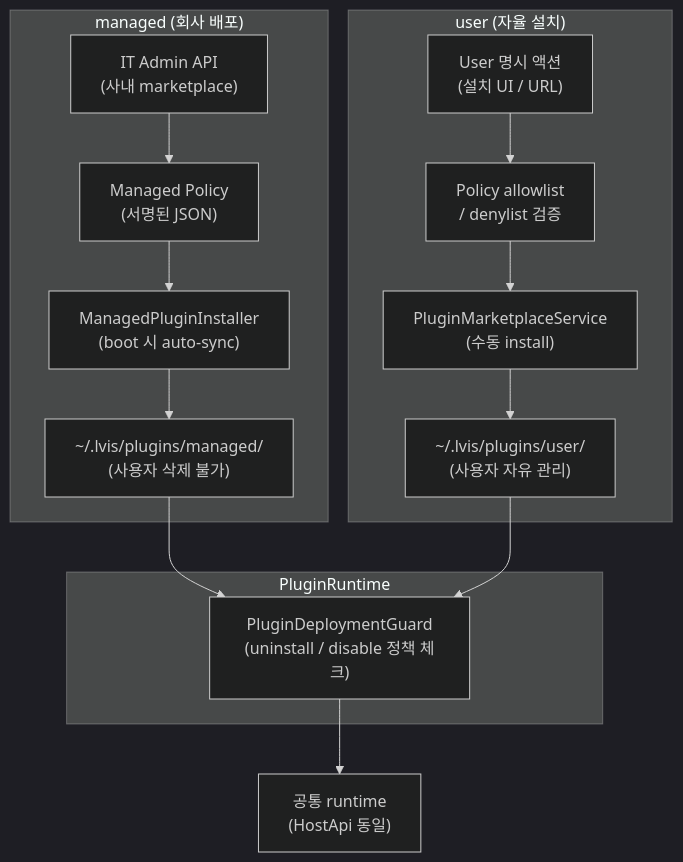
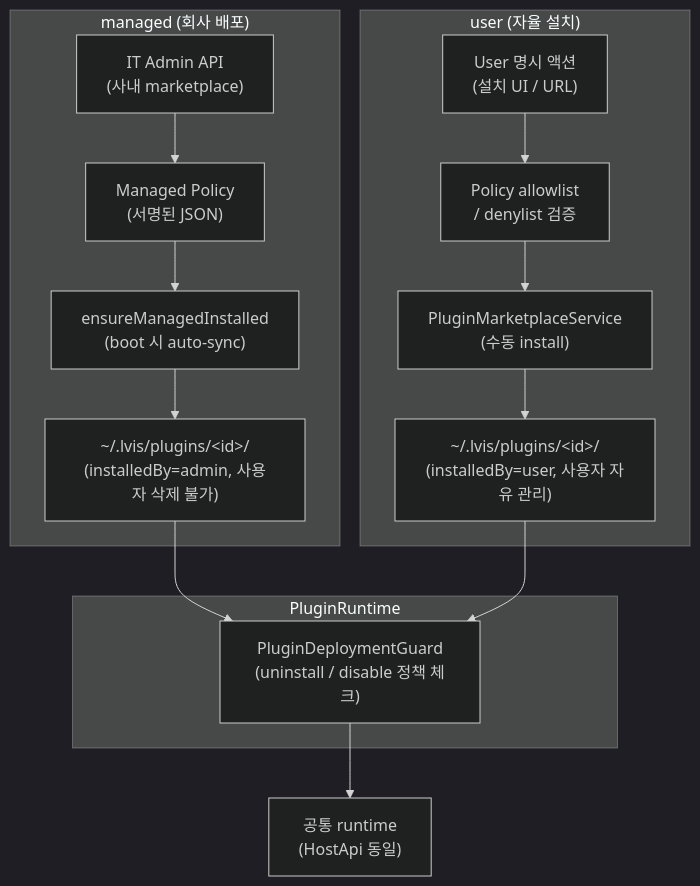
One commit to lvis-project/lvis-app changed diagram 33 of 44 in docs/architecture/architecture.md. Above: the diagram before and after it, drawn with Mermaid (dark theme). The commit also changed other lines of this file, not shown here.

First line of the commit message:
docs(architecture): reflect ~/.lvis/ single-root path layout

````diff
--- a/docs/architecture/architecture.md
+++ b/docs/architecture/architecture.md
@@ -2303,26 +2318,26 @@
 ```mermaid
 graph TB
     subgraph "managed (회사 배포)"
         M1["IT Admin API<br/>(사내 marketplace)"]
         M2["Managed Policy<br/>(서명된 JSON)"]
-        M3["ManagedPluginInstaller<br/>(boot 시 auto-sync)"]
-        M4["~/.lvis/plugins/managed/<br/>(사용자 삭제 불가)"]
+        M3["ensureManagedInstalled<br/>(boot 시 auto-sync)"]
+        M4["~/.lvis/plugins/&lt;id&gt;/<br/>(installedBy=admin, 사용자 삭제 불가)"]
         M1 --> M2 --> M3 --> M4
     end
 
     subgraph "user (자율 설치)"
         U1["User 명시 액션<br/>(설치 UI / URL)"]
         U2["Policy allowlist<br/>/ denylist 검증"]
         U3["PluginMarketplaceService<br/>(수동 install)"]
-        U4["~/.lvis/plugins/user/<br/>(사용자 자유 관리)"]
+        U4["~/.lvis/plugins/&lt;id&gt;/<br/>(installedBy=user, 사용자 자유 관리)"]
         U1 --> U2 --> U3 --> U4
     end
 
     subgraph "PluginRuntime"
         GUARD["PluginDeploymentGuard<br/>(uninstall / disable 정책 체크)"]
     end
 
     M4 --> GUARD
     U4 --> GUARD
     GUARD --> RUN["공통 runtime<br/>(HostApi 동일)"]
 ```
````
